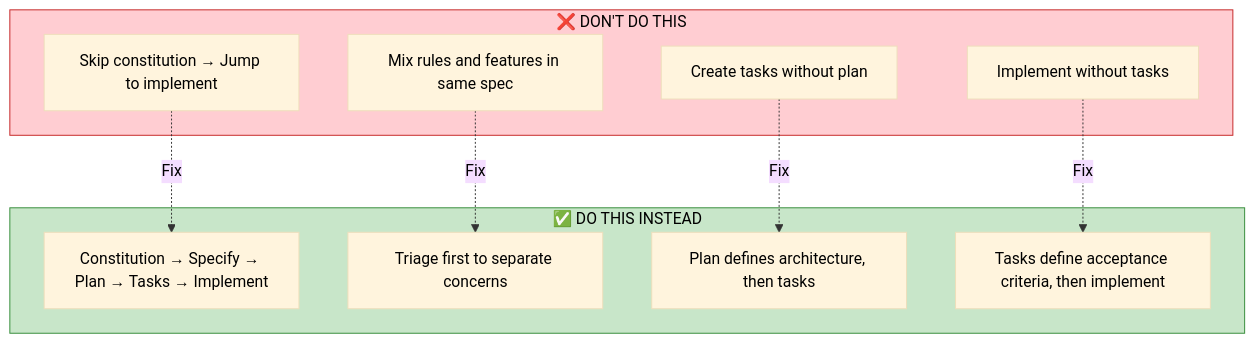
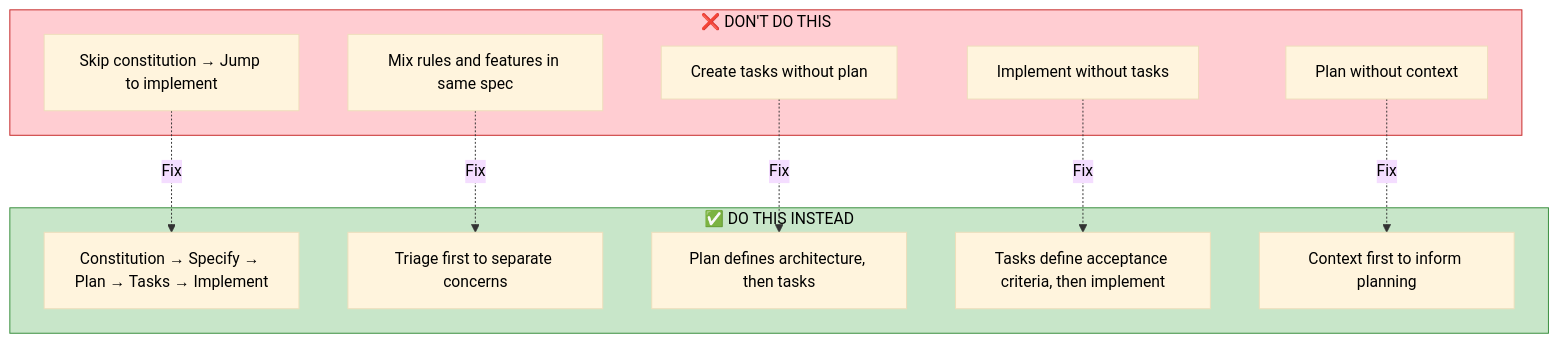
The eighth of 8 diagrams in .specify/docs/flows/decision-tree.md (Trindade11/Teste), drawn with Mermaid before and after one commit. The commit also changed other lines of this file and 25 other files, not shown here.

````diff
--- a/.specify/docs/flows/decision-tree.md
+++ b/.specify/docs/flows/decision-tree.md
@@ -211,25 +225,28 @@
 ```mermaid
 %%{init: {'theme': 'base', 'themeVariables': { 'primaryTextColor': '#000', 'secondaryTextColor': '#000', 'tertiaryTextColor': '#000', 'lineColor': '#333'}}}%%
 flowchart TD
     subgraph Wrong["❌ DON'T DO THIS"]
         W1["Skip constitution → Jump to implement"]
         W2["Mix rules and features in same spec"]
         W3["Create tasks without plan"]
         W4["Implement without tasks"]
+        W5["Plan without context"]
     end
     
     subgraph Right["✅ DO THIS INSTEAD"]
         R1["Constitution → Specify → Plan → Tasks → Implement"]
         R2["Triage first to separate concerns"]
         R3["Plan defines architecture, then tasks"]
         R4["Tasks define acceptance criteria, then implement"]
+        R5["Context first to inform planning"]
     end
     
     W1 -.->|"Fix"| R1
     W2 -.->|"Fix"| R2
     W3 -.->|"Fix"| R3
     W4 -.->|"Fix"| R4
+    W5 -.->|"Fix"| R5
     
     style Wrong fill:#ffcdd2,stroke:#c62828,color:#000
     style Right fill:#c8e6c9,stroke:#388e3c,color:#000
 ```
````
